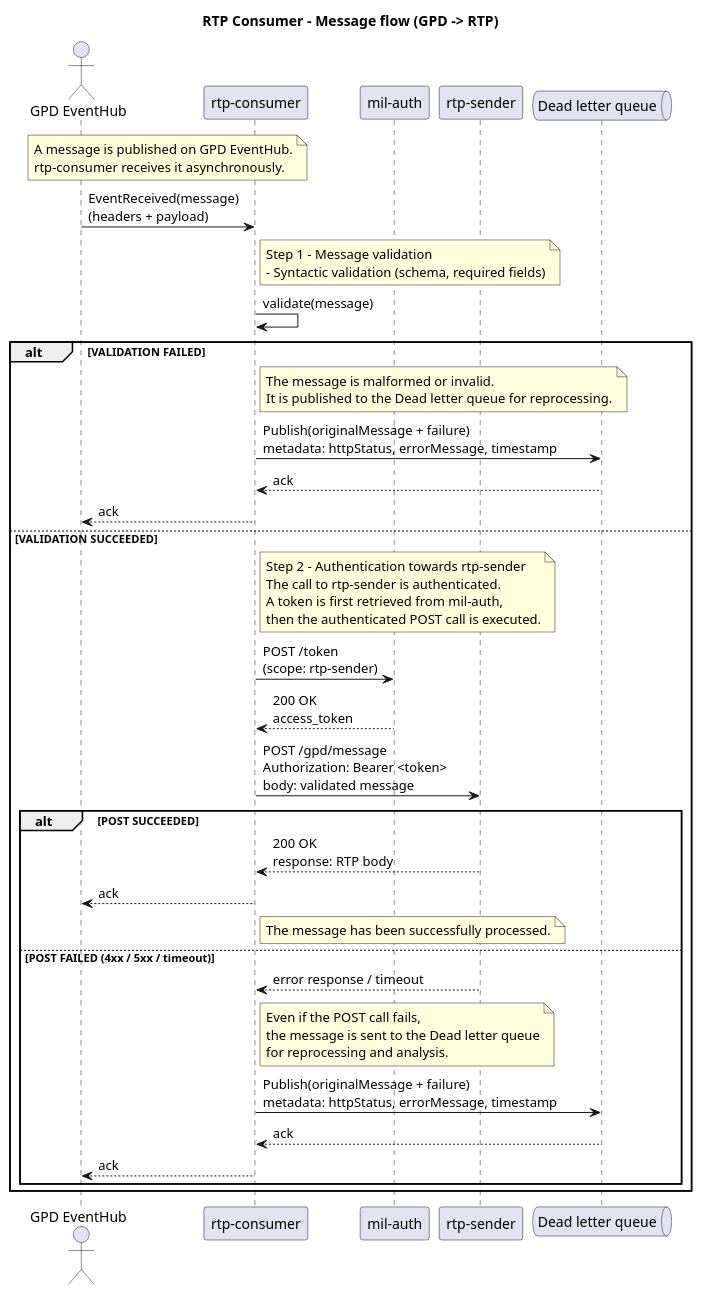
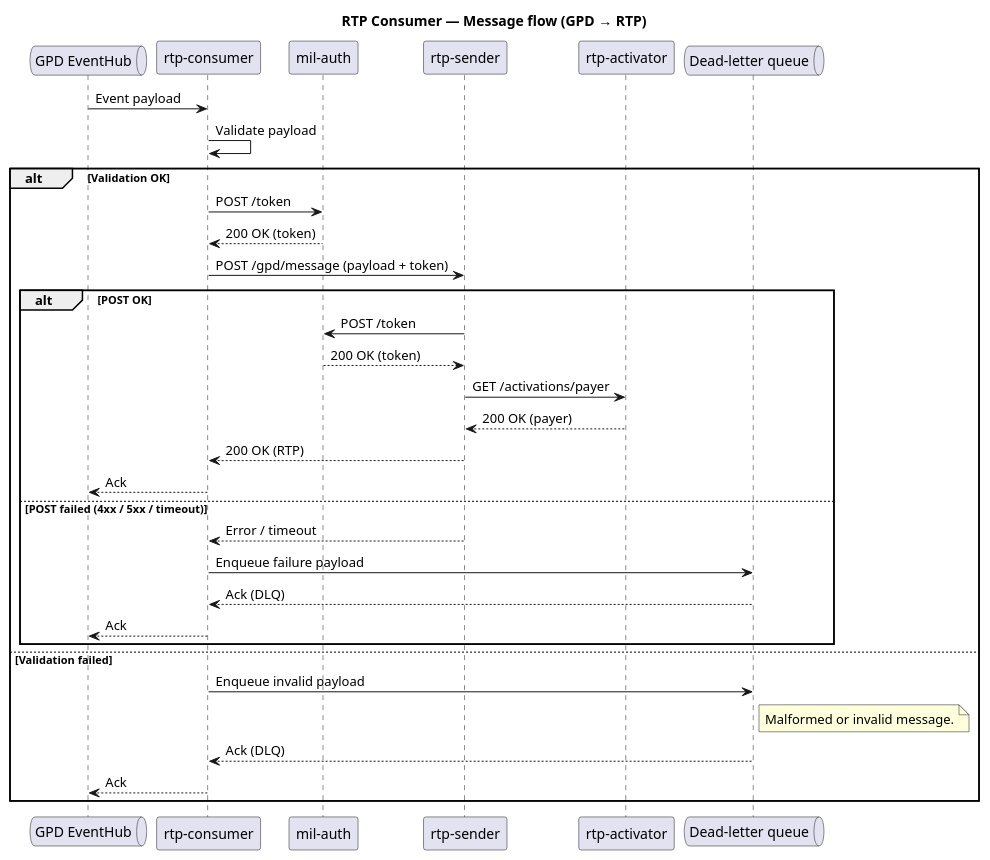
Before and after one commit to pagopa/rtp-docs: the diagram in diagrams/rtp-consumer-flow.puml, drawn with PlantUML. The commit also changed 1 other file, not shown here.

Commit message:
fix: [SRTP-1225] fix rtp-consumer-flow

```diff
--- a/diagrams/rtp-consumer-flow.puml
+++ b/diagrams/rtp-consumer-flow.puml
@@ -1,68 +1,48 @@
 @startuml
-title RTP Consumer - Message flow (GPD -> RTP)
+title RTP Consumer — Message flow (GPD → RTP)
 
-actor "GPD EventHub" as EH
+queue "GPD EventHub" as EH
 participant "rtp-consumer" as C
 participant "mil-auth" as MA
 participant "rtp-sender" as S
-queue "Dead letter queue" as DLQ
+participant "rtp-activator" as A
+queue "Dead-letter queue" as DLQ
 
-note over EH,C
-A message is published on GPD EventHub.
-rtp-consumer receives it asynchronously.
-end note
+EH -> C : Event payload
+C -> C : Validate payload
 
-EH -> C : EventReceived(message)\n(headers + payload)
+alt Validation OK
+  C -> MA : POST /token
+  MA --> C : 200 OK (token)
 
-note right of C
-Step 1 - Message validation
-- Syntactic validation (schema, required fields)
-end note
+  C -> S : POST /gpd/message (payload + token)
 
-C -> C : validate(message)
+  alt POST OK
+    S -> MA : POST /token
+    MA --> S : 200 OK (token)
 
-alt VALIDATION FAILED
-  note right of C
-  The message is malformed or invalid.
-  It is published to the Dead letter queue for reprocessing.
+    S -> A : GET /activations/payer
+    A --> S : 200 OK (payer)
+
+    S --> C : 200 OK (RTP)
+    C --> EH : Ack
+
+  else POST failed (4xx / 5xx / timeout)
+    S --> C : Error / timeout
+
+    C -> DLQ : Enqueue failure payload
+    DLQ --> C : Ack (DLQ)
+    C --> EH : Ack
+  end
+
+else Validation failed
+  C -> DLQ : Enqueue invalid payload
+  note right of DLQ
+    Malformed or invalid message.
   end note
-
-  C -> DLQ : Publish(originalMessage + failure)\nmetadata: httpStatus, errorMessage, timestamp
-  DLQ --> C : ack
-  C --> EH : ack
-
-else VALIDATION SUCCEEDED
-  note right of C
-  Step 2 - Authentication towards rtp-sender
-  The call to rtp-sender is authenticated.
-  A token is first retrieved from mil-auth,
-  then the authenticated POST call is executed.
-  end note
-
-  C -> MA : POST /token\n(scope: rtp-sender)
-  MA --> C : 200 OK\naccess_token
-
-  C -> S : POST /gpd/message\nAuthorization: Bearer <token>\nbody: validated message
-
-  alt POST SUCCEEDED
-    S --> C : 200 OK\nresponse: RTP body
-    C --> EH : ack
-    note right of C
-    The message has been successfully processed.
-    end note
-
-  else POST FAILED (4xx / 5xx / timeout)
-    S --> C : error response / timeout
-    note right of C
-    Even if the POST call fails,
-    the message is sent to the Dead letter queue
-    for reprocessing and analysis.
-    end note
-
-    C -> DLQ : Publish(originalMessage + failure)\nmetadata: httpStatus, errorMessage, timestamp
-    DLQ --> C : ack
-    C --> EH : ack
-  end
+  DLQ --> C : Ack (DLQ)
+  C --> EH : Ack
 end
 
+deactivate C
 @enduml
```
